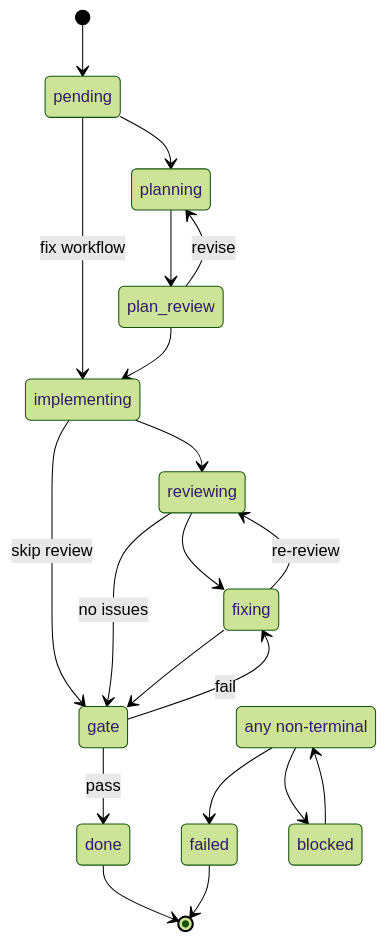
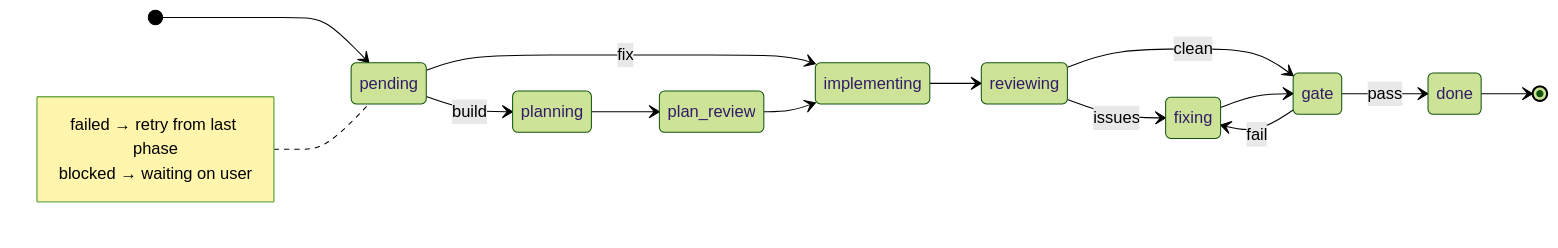
Before and after one commit to justineraze/devflow-ai: the second of 2 diagrams in README.md, drawn with Mermaid (forest theme). The commit also changed other lines of this file and 2 other files, not shown here.

First line of the commit message:
feat: Mermaid readability + doctor check for default model

````diff
--- a/README.md
+++ b/README.md
@@ -157,30 +172,22 @@
 ```mermaid
 stateDiagram-v2
+    direction LR
     [*] --> pending
-    pending --> planning
-    pending --> implementing : fix workflow
+    pending --> planning : build
+    pending --> implementing : fix
 
     planning --> plan_review
     plan_review --> implementing
-    plan_review --> planning : revise
-
     implementing --> reviewing
-    implementing --> gate : skip review
-
-    reviewing --> fixing
-    reviewing --> gate : no issues
-
-    fixing --> reviewing : re-review
+    reviewing --> fixing : issues
+    reviewing --> gate : clean
     fixing --> gate
-
     gate --> done : pass
     gate --> fixing : fail
+    done --> [*]
 
-    done --> [*]
-    failed --> [*]
-
-    state "any non-terminal" as any
-    any --> blocked
-    any --> failed
-    blocked --> any
+    note left of pending
+      failed → retry from last phase
+      blocked → waiting on user
+    end note
 ```
````
